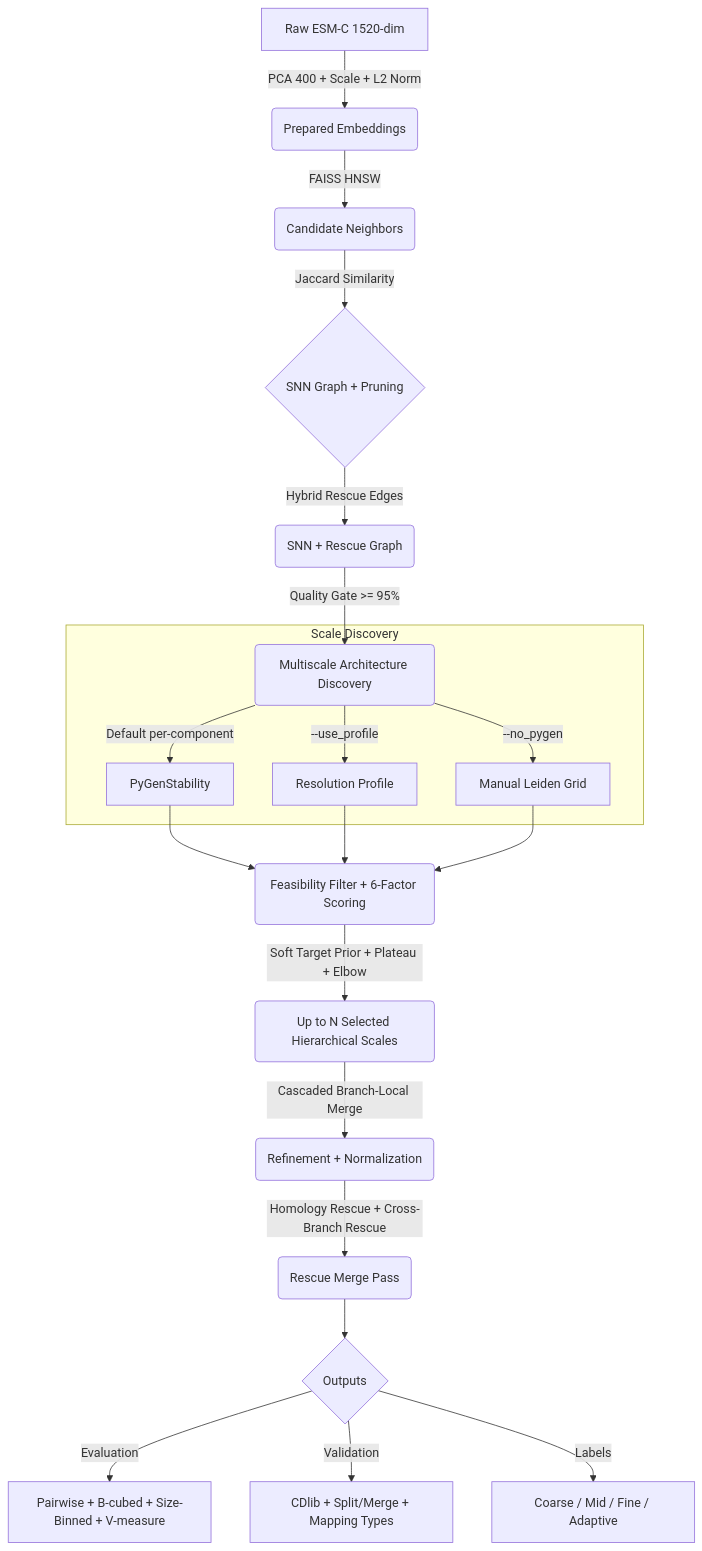
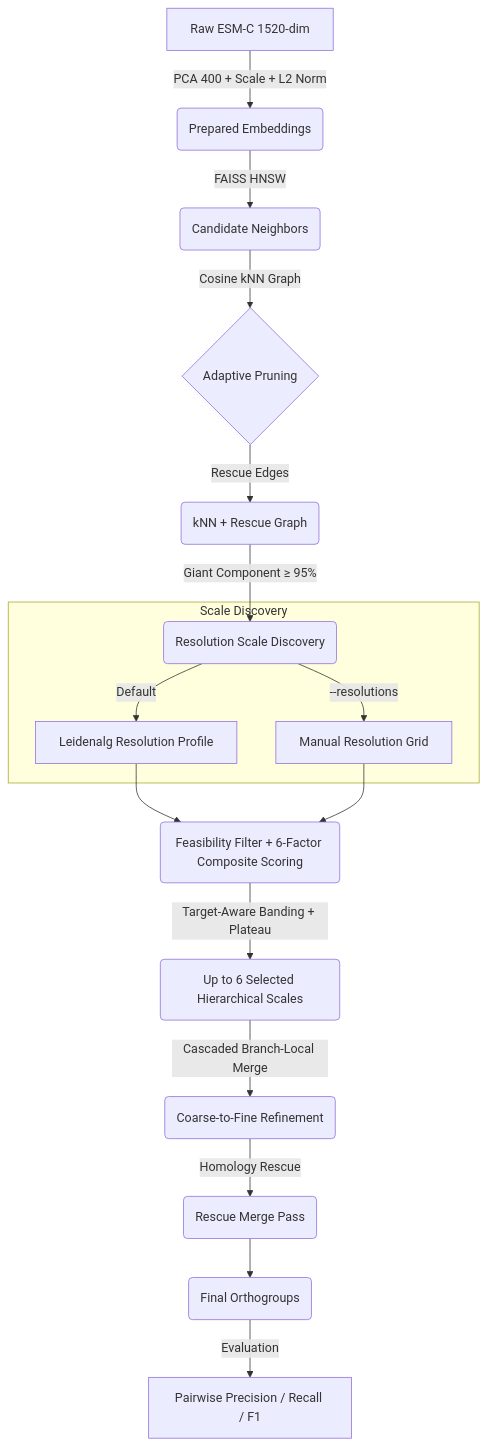
The diagram in README.md (imsuraj675/EvoCluster), drawn with Mermaid before and after one commit. The commit also changed other lines of this file and 1 other file, not shown here.

Commit message:
Final Push

````diff
--- a/README.md
+++ b/README.md
@@ -74,27 +72,23 @@
 ```mermaid
 graph TD
     A[Raw ESM-C 1520-dim] -->|PCA 400 + Scale + L2 Norm| B(Prepared Embeddings)
     B -->|FAISS HNSW| C(Candidate Neighbors)
-    C -->|Jaccard Similarity| D{SNN Graph + Pruning}
-    D -->|Hybrid Rescue Edges| D2(SNN + Rescue Graph)
-    D2 -->|Quality Gate >= 95%| E(Multiscale Architecture Discovery)
+    C -->|Cosine kNN Graph| D{Adaptive Pruning}
+    D -->|Rescue Edges| D2(kNN + Rescue Graph)
+    D2 -->|Giant Component ≥ 95%| E(Resolution Scale Discovery)
     
     subgraph Scale Discovery
-        E -->|Default per-component| F1[PyGenStability]
-        E -->|--use_profile| F2[Resolution Profile]
-        E -->|--no_pygen| F3[Manual Leiden Grid]
+        E -->|Default| F1[Leidenalg Resolution Profile]
+        E -->|--resolutions| F2[Manual Resolution Grid]
     end
     
-    F1 --> G(Feasibility Filter + 6-Factor Scoring)
+    F1 --> G(Feasibility Filter + 6-Factor Composite Scoring)
     F2 --> G
-    F3 --> G
     
-    G -->|Soft Target Prior + Plateau + Elbow| H(Up to N Selected Hierarchical Scales)
-    H -->|Cascaded Branch-Local Merge| I(Refinement + Normalization)
-    I -->|Homology Rescue + Cross-Branch Rescue| I2(Rescue Merge Pass)
-    I2 --> J{Outputs}
+    G -->|Target-Aware Banding + Plateau| H(Up to 6 Selected Hierarchical Scales)
+    H -->|Cascaded Branch-Local Merge| I(Coarse-to-Fine Refinement)
+    I -->|Homology Rescue| I2(Rescue Merge Pass)
+    I2 --> J(Final Orthogroups)
     
-    J -->|Evaluation| K1[Pairwise + B-cubed + Size-Binned + V-measure]
-    J -->|Validation| K2[CDlib + Split/Merge + Mapping Types]
-    J -->|Labels| K3[Coarse / Mid / Fine / Adaptive]
+    J -->|Evaluation| K1[Pairwise Precision / Recall / F1]
 ```
````
